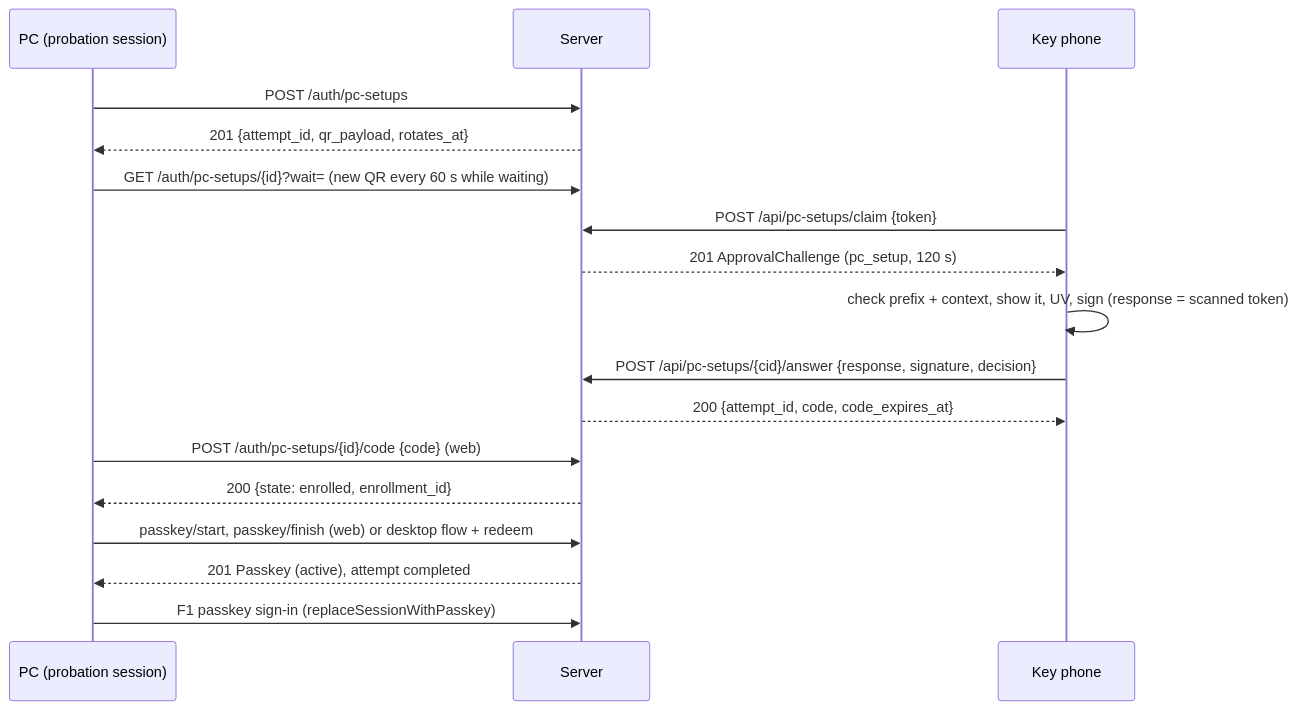
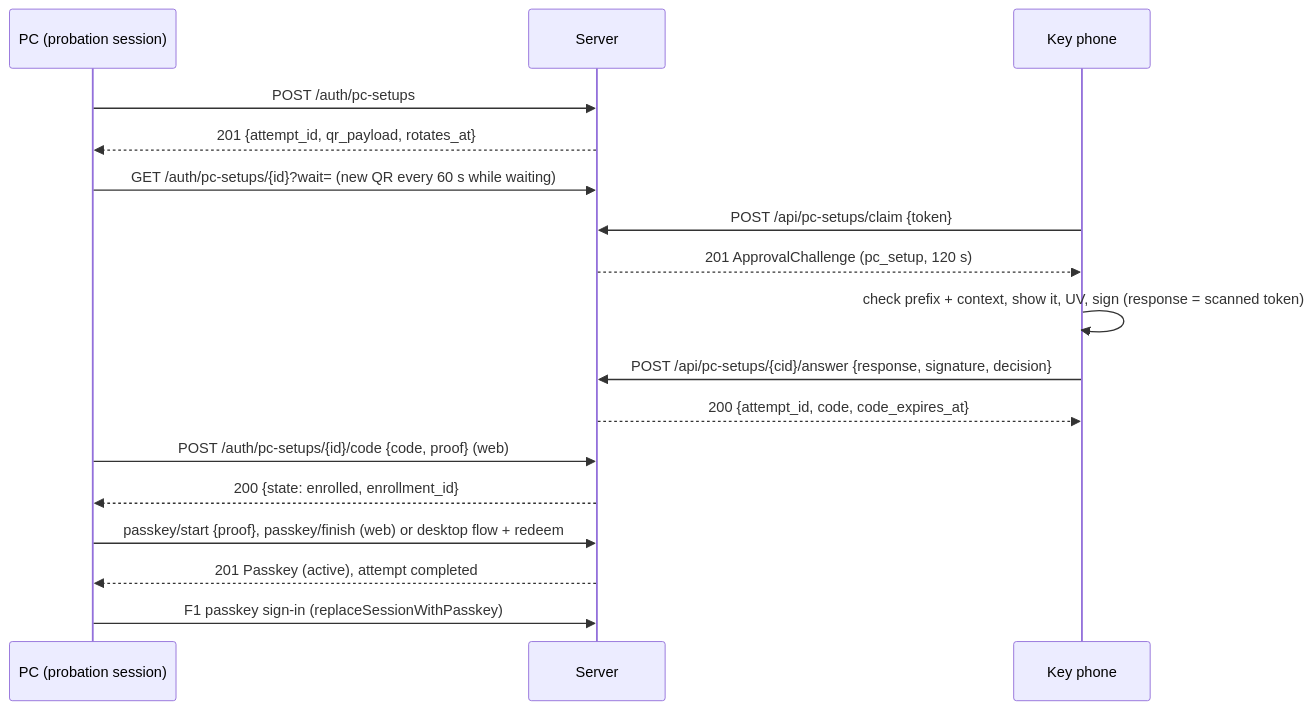
Before and after one commit to Detair/kaiku: the ninth of 11 diagrams in docs/admin-guide/features/login/technical-reference.md, drawn with Mermaid. The commit also changed other lines of this file and 16 other files, not shown here.

First line of the commit message:
fix(auth): bind the web PC setup passkey to the page that typed the code

````diff
--- a/docs/admin-guide/features/login/technical-reference.md
+++ b/docs/admin-guide/features/login/technical-reference.md
@@ -564,19 +565,19 @@
 ```mermaid
 sequenceDiagram
     participant PC as PC (probation session)
     participant S as Server
     participant P as Key phone
     PC->>S: POST /auth/pc-setups
     S-->>PC: 201 {attempt_id, qr_payload, rotates_at}
     PC->>S: GET /auth/pc-setups/{id}?wait= (new QR every 60 s while waiting)
     P->>S: POST /api/pc-setups/claim {token}
     S-->>P: 201 ApprovalChallenge (pc_setup, 120 s)
     P->>P: check prefix + context, show it, UV, sign (response = scanned token)
     P->>S: POST /api/pc-setups/{cid}/answer {response, signature, decision}
     S-->>P: 200 {attempt_id, code, code_expires_at}
-    PC->>S: POST /auth/pc-setups/{id}/code {code} (web)
+    PC->>S: POST /auth/pc-setups/{id}/code {code, proof} (web)
     S-->>PC: 200 {state: enrolled, enrollment_id}
-    PC->>S: passkey/start, passkey/finish (web) or desktop flow + redeem
+    PC->>S: passkey/start {proof}, passkey/finish (web) or desktop flow + redeem
     S-->>PC: 201 Passkey (active), attempt completed
     PC->>S: F1 passkey sign-in (replaceSessionWithPasskey)
 ```
````
